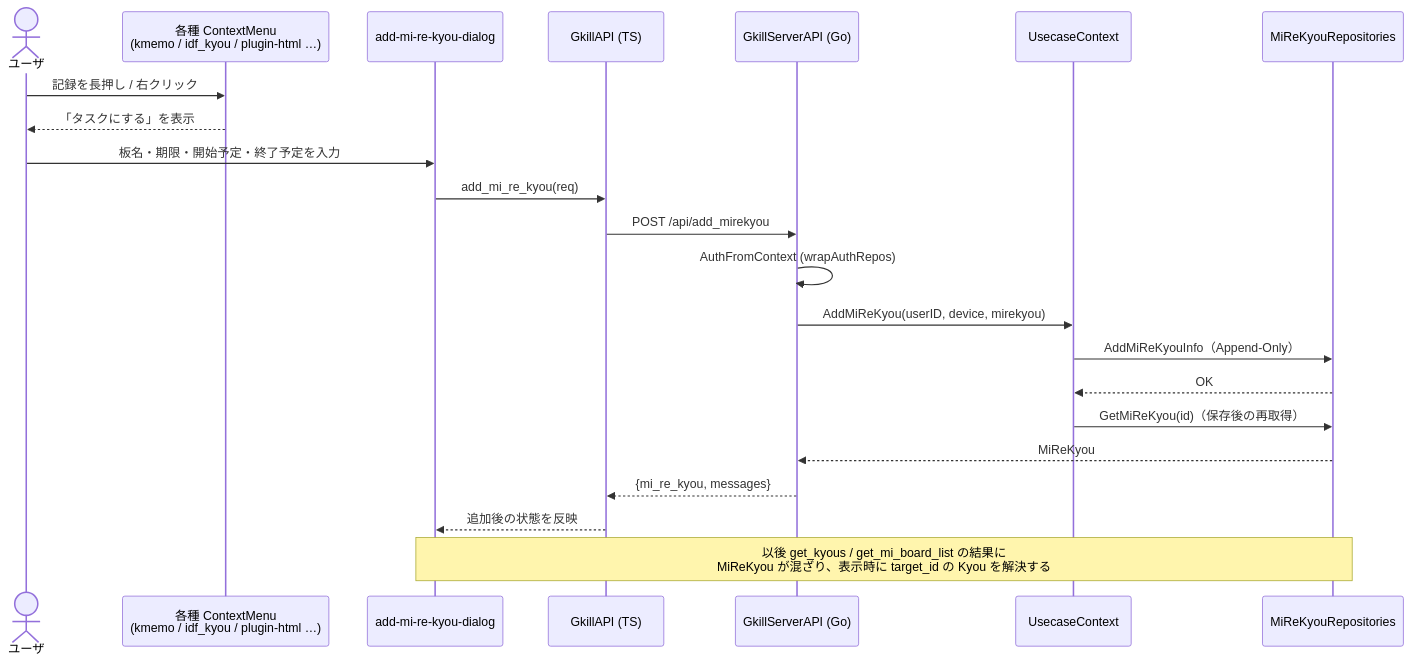
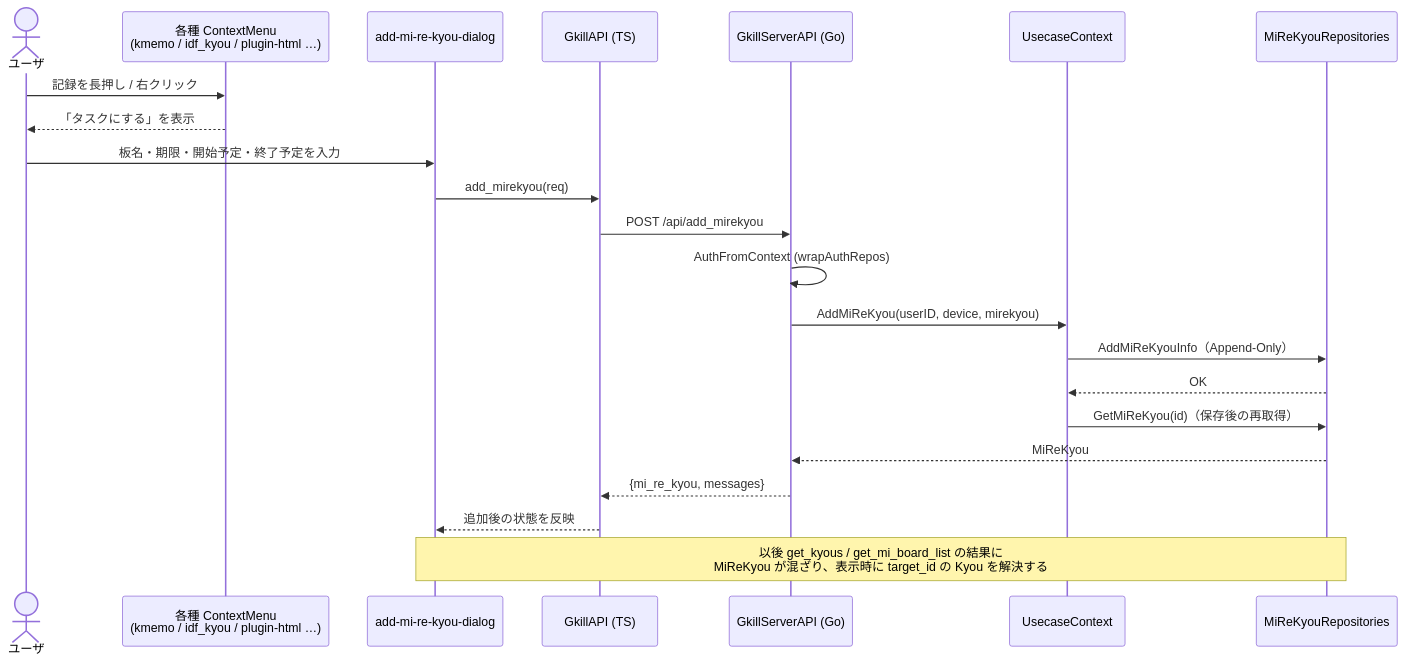
One commit to mt3hr/gkill changed diagram 24 of 25 in documents/reverse/scenario.md. Above: the diagram before and after it, drawn with Mermaid. The commit also changed other lines of this file and 2 other files, not shown here.

First line of the commit message:
Fix シーケンス図と利用シナリオに書かれていた、実在しない TS・Kotlin・MCP の関数名を実コードに合わせる

````diff
--- a/documents/reverse/scenario.md
+++ b/documents/reverse/scenario.md
@@ -769,25 +769,25 @@
 ```mermaid
 sequenceDiagram
     actor User as ユーザ
     participant Menu as 各種 ContextMenu<br>(kmemo / idf_kyou / plugin-html …)
     participant Dlg as add-mi-re-kyou-dialog
     participant GkillAPI as GkillAPI (TS)
     participant API as GkillServerAPI (Go)
     participant UC as UsecaseContext
     participant Rep as MiReKyouRepositories
 
     User->>Menu: 記録を長押し / 右クリック
     Menu-->>User: 「タスクにする」を表示
     User->>Dlg: 板名・期限・開始予定・終了予定を入力
-    Dlg->>GkillAPI: add_mi_re_kyou(req)
+    Dlg->>GkillAPI: add_mirekyou(req)
     GkillAPI->>API: POST /api/add_mirekyou
     API->>API: AuthFromContext (wrapAuthRepos)
     API->>UC: AddMiReKyou(userID, device, mirekyou)
     UC->>Rep: AddMiReKyouInfo（Append-Only）
     Rep-->>UC: OK
     UC->>Rep: GetMiReKyou(id)（保存後の再取得）
     Rep-->>API: MiReKyou
     API-->>GkillAPI: {mi_re_kyou, messages}
     GkillAPI-->>Dlg: 追加後の状態を反映
     Note over Dlg,Rep: 以後 get_kyous / get_mi_board_list の結果に<br>MiReKyou が混ざり、表示時に target_id の Kyou を解決する
 ```
````
